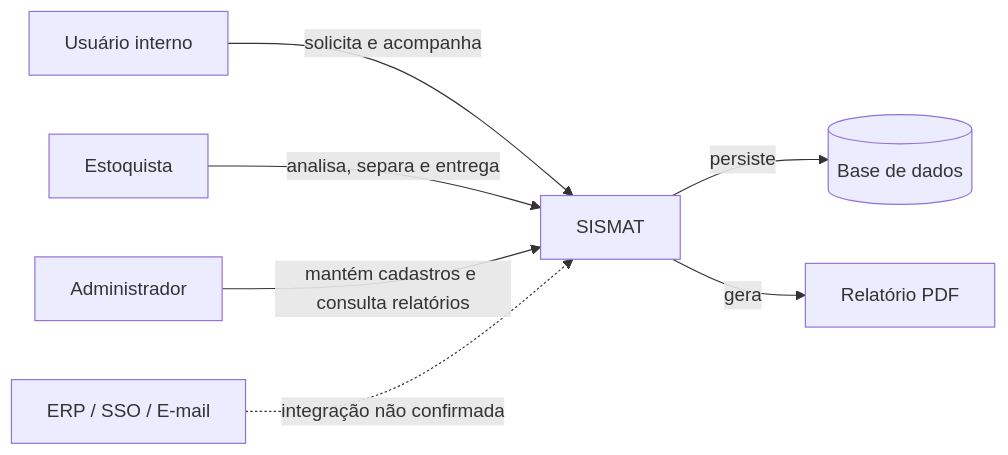
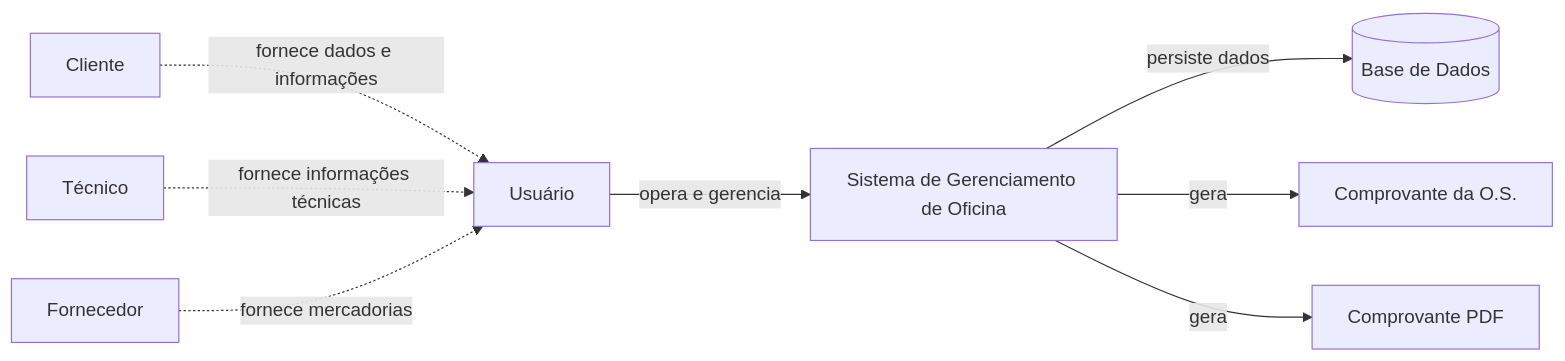
Before and after one commit to Danilo310705/Laborat-rio-de-Software-I: the diagram in SISMAT - Documentacao Viva/01_Produto/Escopo e Contexto.md, drawn with Mermaid. The commit also changed other lines of this file and 67 other files, not shown here.

````diff
--- a/SISMAT - Documentacao Viva/01_Produto/Escopo e Contexto.md
+++ b/SISMAT - Documentacao Viva/01_Produto/Escopo e Contexto.md
@@ -44,9 +57,12 @@
 ```mermaid
 flowchart LR
-    U[Usuário interno] -->|solicita e acompanha| S[SISMAT]
-    E[Estoquista] -->|analisa, separa e entrega| S
-    A[Administrador] -->|mantém cadastros e consulta relatórios| S
-    S -->|persiste| DB[(Base de dados)]
-    S -->|gera| PDF[Relatório PDF]
-    EXT[ERP / SSO / E-mail] -. integração não confirmada .-> S
+    U[Usuário] -->|opera e gerencia| S[Sistema de Gerenciamento de Oficina]
+
+    S -->|persiste dados| DB[(Base de Dados)]
+    S -->|gera| C[Comprovante da O.S.]
+    S -->|gera| PDF[Comprovante PDF]
+
+    CLI[Cliente] -. fornece dados e informações .-> U
+    TEC[Técnico] -. fornece informações técnicas .-> U
+    FOR[Fornecedor] -. fornece mercadorias .-> U
 ```
````
